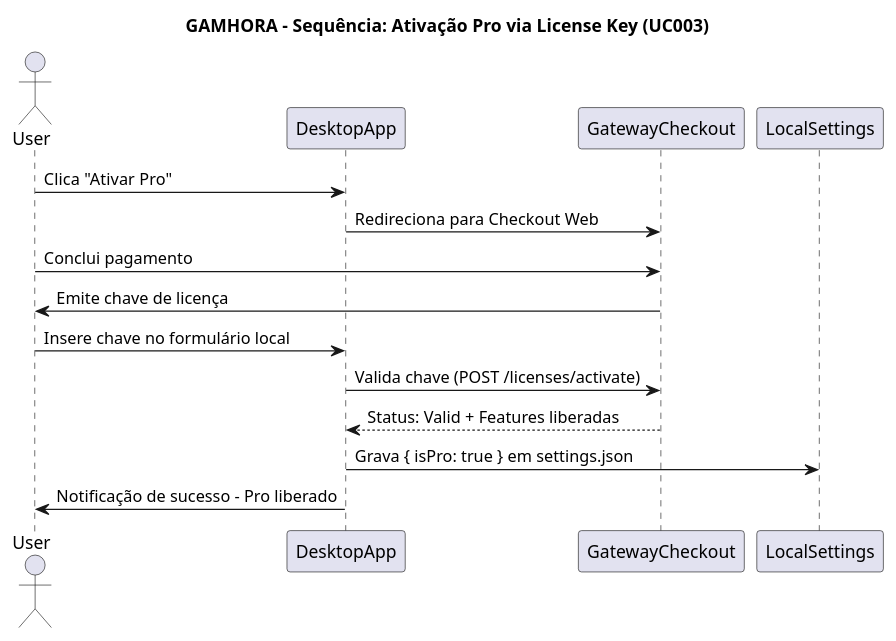
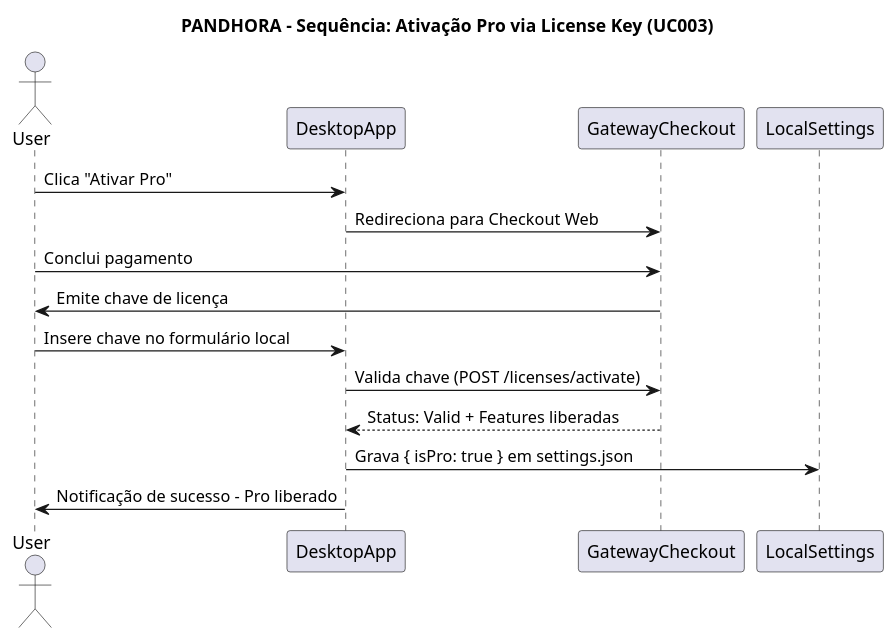
Before and after one commit to Gustavohps10/gamhora: the diagram in docs/srs/diagrams/puml/uml/diagram-uml-004-sequence-payment.puml, drawn with PlantUML. The commit also changed 317 other files, not shown here.

```diff
--- a/docs/srs/diagrams/puml/uml/diagram-uml-004-sequence-payment.puml
+++ b/docs/srs/diagrams/puml/uml/diagram-uml-004-sequence-payment.puml
@@ -1,18 +1,18 @@
 @startuml SequencePayment
-title GAMHORA - Sequência: Ativação Pro via License Key (UC003)
+title PANDHORA - Sequência: Ativação Pro via License Key (UC003)
 actor User
 participant DesktopApp
 participant GatewayCheckout
 participant LocalSettings
 
 User -> DesktopApp: Clica "Ativar Pro"
 DesktopApp -> GatewayCheckout: Redireciona para Checkout Web
 User -> GatewayCheckout: Conclui pagamento
 GatewayCheckout -> User: Emite chave de licença
 
 User -> DesktopApp: Insere chave no formulário local
 DesktopApp -> GatewayCheckout: Valida chave (POST /licenses/activate)
 GatewayCheckout --> DesktopApp: Status: Valid + Features liberadas
 DesktopApp -> LocalSettings: Grava { isPro: true } em settings.json
 DesktopApp -> User: Notificação de sucesso - Pro liberado
 @enduml
```
